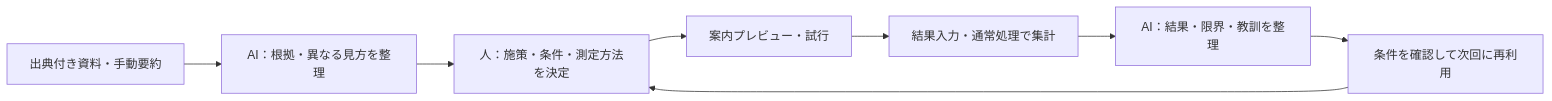
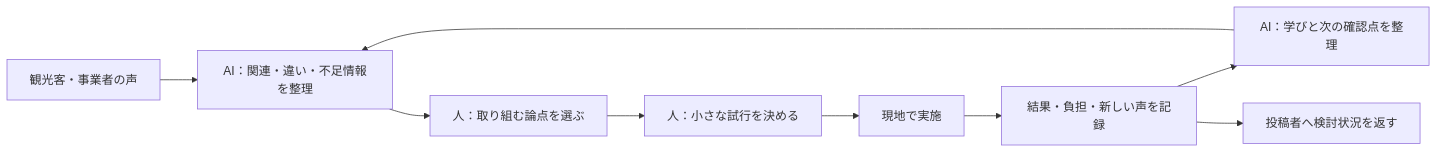
One commit to shotaciel5/aaaa changed the diagram in new_idea_refined.md. Above: the diagram before and after it, drawn with Mermaid. The commit also changed other lines of this file, not shown here.

````diff
--- a/new_idea_refined.md
+++ b/new_idea_refined.md
@@ -462,10 +51,11 @@
 ```mermaid
 flowchart LR
-    A["出典付き資料・手動要約"] --> B["AI：根拠・異なる見方を整理"]
-    B --> C["人：施策・条件・測定方法を決定"]
-    C --> D["案内プレビュー・試行"]
-    D --> E["結果入力・通常処理で集計"]
-    E --> F["AI：結果・限界・教訓を整理"]
-    F --> G["条件を確認して次回に再利用"]
-    G --> C
+    A["観光客・事業者の声"] --> B["AI：関連・違い・不足情報を整理"]
+    B --> C["人：取り組む論点を選ぶ"]
+    C --> D["人：小さな試行を決める"]
+    D --> E["現地で実施"]
+    E --> F["結果・負担・新しい声を記録"]
+    F --> G["AI：学びと次の確認点を整理"]
+    G --> B
+    F --> H["投稿者へ検討状況を返す"]
 ```
````
